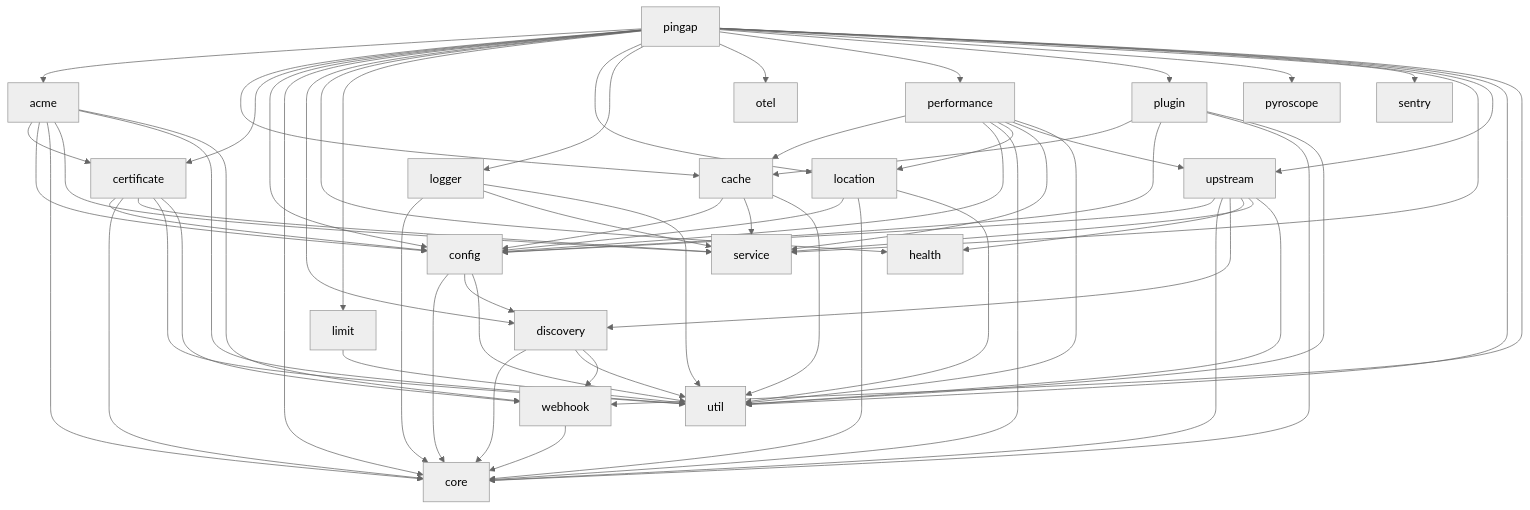
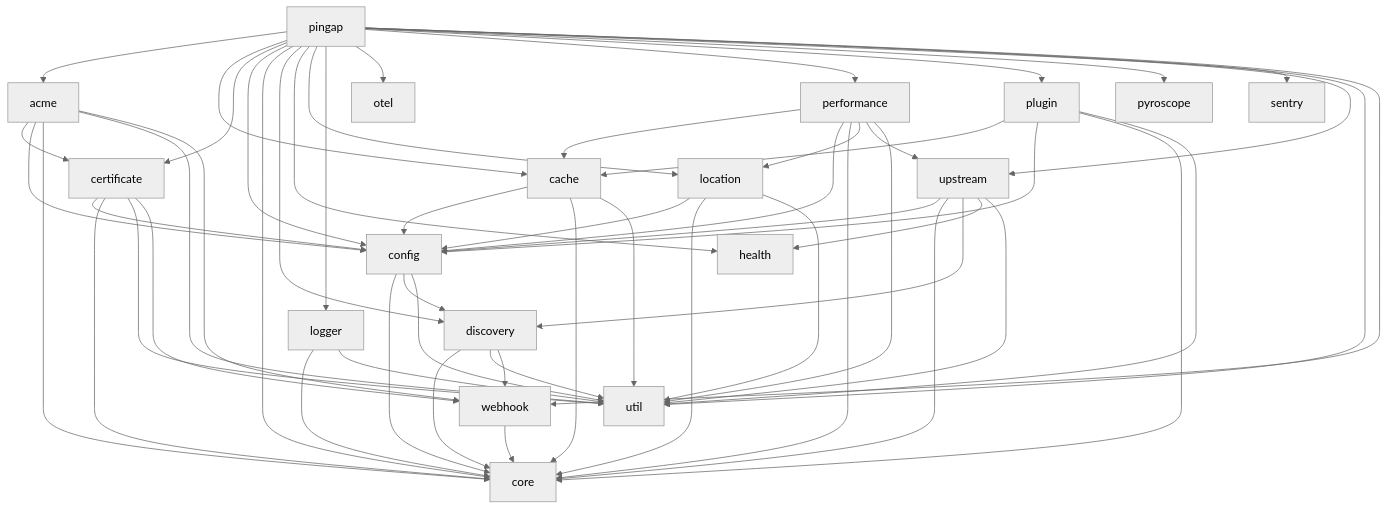
Before and after one commit to vicanso/pingap: the diagram in docs/modules.md, drawn with Mermaid (neutral theme). The commit also changed 34 other files, not shown here.

Commit message:
refactor: merge limit and service module into core module

````diff
--- a/docs/modules.md
+++ b/docs/modules.md
@@ -3,79 +3,70 @@
 ```mermaid
 graph TD
     acme --> certificate
     acme --> config
     acme --> core
-    acme --> service
     acme --> util
     acme --> webhook
 
     cache --> config
-    cache --> service
+    cache --> core
     cache --> util
 
     certificate --> config
     certificate --> core
-    certificate --> service
     certificate --> util
     certificate --> webhook
 
     config --> core
     config --> discovery
     config --> util
 
     discovery --> core
     discovery --> util
     discovery --> webhook
 
-    limit --> util
-
     location --> config
     location --> core
     location --> util
 
     logger --> core
-    logger --> service
     logger --> util
 
     performance --> cache
     performance --> config
     performance --> core
     performance --> location
-    performance --> service
     performance --> upstream
     performance --> util
 
     plugin --> cache
     plugin --> config
     plugin --> core
     plugin --> util
 
     upstream --> config
     upstream --> core
     upstream --> discovery
     upstream --> health
-    upstream --> service
     upstream --> util
 
     webhook --> core
 
     pingap --> acme
     pingap --> cache
     pingap --> certificate
     pingap --> config
     pingap --> core
     pingap --> discovery
     pingap --> health
-    pingap --> limit
     pingap --> location
     pingap --> logger
     pingap --> otel
     pingap --> performance
     pingap --> plugin
     pingap --> pyroscope
     pingap --> sentry
-    pingap --> service
     pingap --> upstream
     pingap --> util
     pingap --> webhook
 ```
````
